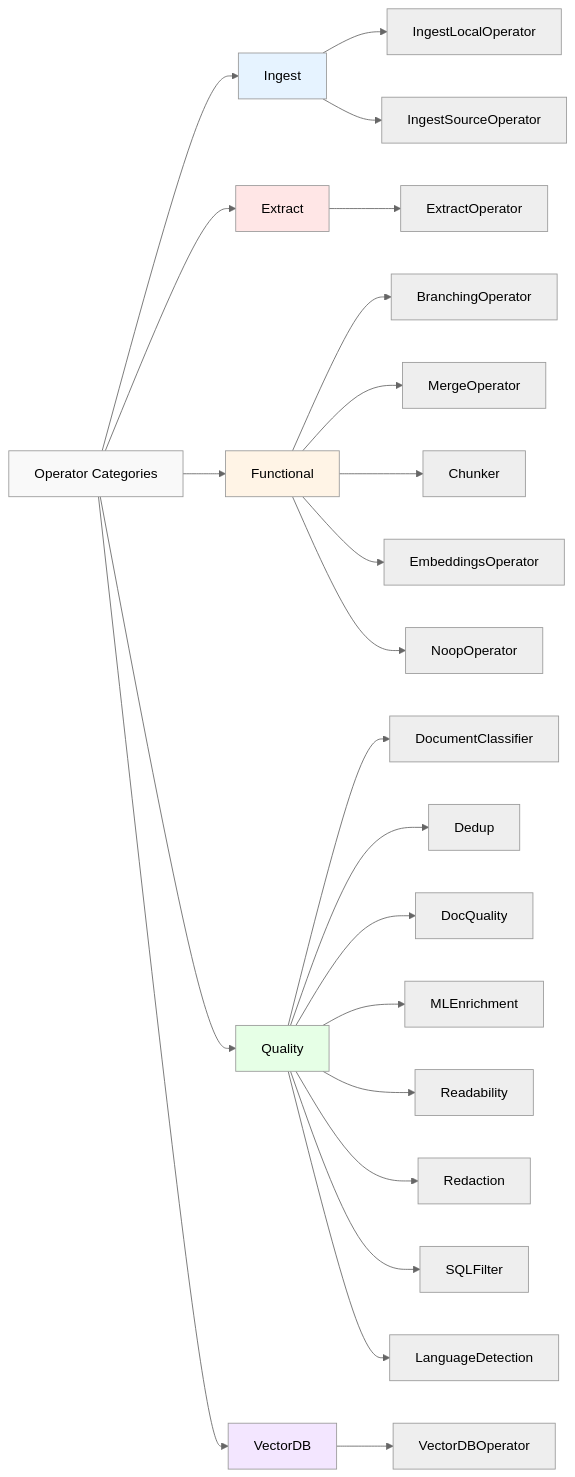
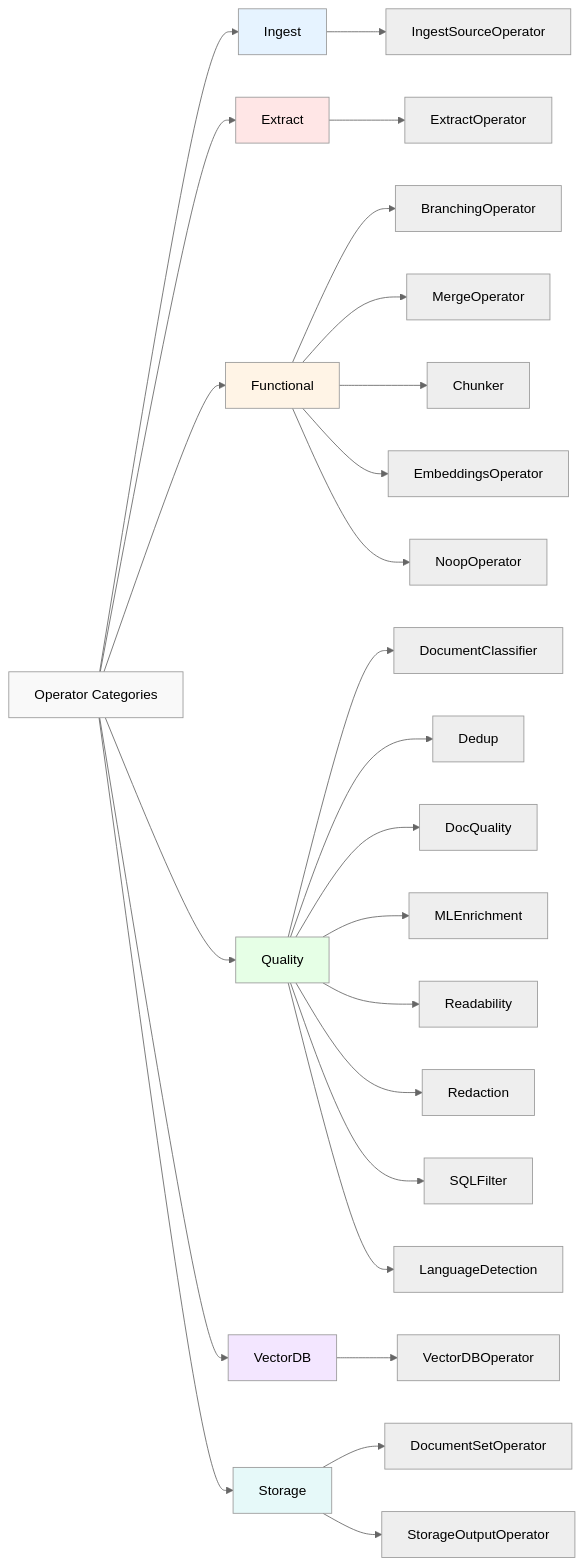
The second of 31 diagrams in ARCHITECTURE.md (AtharvRG/docling-pipelines), drawn with Mermaid (neutral theme) before and after one commit. The commit also changed other lines of this file and 866 other files, not shown here.

````diff
--- a/ARCHITECTURE.md
+++ b/ARCHITECTURE.md
@@ -298,38 +297,42 @@
 ```mermaid
 graph LR
     OP[Operator Categories]
     OP --> ING[Ingest]
     OP --> EXT[Extract]
     OP --> FUN[Functional]
     OP --> QUA[Quality]
     OP --> VDB[VectorDB]
+    OP --> STO[Storage]
 
-    ING --> I1[IngestLocalOperator]
     ING --> I2[IngestSourceOperator]
 
     EXT --> E1[ExtractOperator]
 
     FUN --> F1[BranchingOperator]
     FUN --> F2[MergeOperator]
     FUN --> F3[Chunker]
     FUN --> F4[EmbeddingsOperator]
     FUN --> F5[NoopOperator]
 
     QUA --> Q1[DocumentClassifier]
     QUA --> Q2[Dedup]
     QUA --> Q3[DocQuality]
     QUA --> Q4[MLEnrichment]
     QUA --> Q5[Readability]
     QUA --> Q6[Redaction]
     QUA --> Q7[SQLFilter]
     QUA --> Q8[LanguageDetection]
 
     VDB --> V1[VectorDBOperator]
 
+    STO --> S1[DocumentSetOperator]
+    STO --> S2[StorageOutputOperator]
+
     style OP fill:#f9f9f9
     style EXT fill:#ffe6e6
     style ING fill:#e6f3ff
     style FUN fill:#fff4e6
     style QUA fill:#e6ffe6
     style VDB fill:#f3e6ff
+    style STO fill:#e6f9f9
 ```
````
